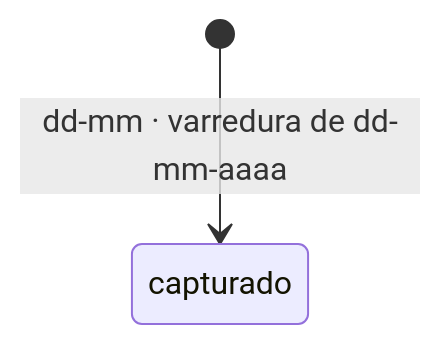
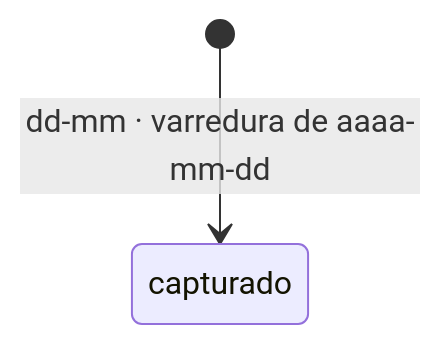
Before and after one commit to luisclaudioramos/kanon-ia: the diagram in .kanon/templates/ASSUNTO.template.md, drawn with Mermaid. The commit also changed other lines of this file and 2 other files, not shown here.

Commit message:
merge: peça E2 — classificação e o não-classificado
Traz o extrato por passada, o verificador de descartes, as 42 pastas de
transcrição em ISO com identidade de dia canonicalizada, a skill 43
classificando em três baldes, e a rodada de validação sobre 2026-08-26.

Fica nomeada para decisão: o sufixo `-2` da DESIGN §3.1 tem convenção
escrita e nenhum mecanismo, então `descartes.py --comparar` enxerga uma
passada onde há duas. É a única falha real da validação, e o veredito
"ajustar" do DESIGN §11 repousa só nela.

````diff
--- a/.kanon/templates/ASSUNTO.template.md
+++ b/.kanon/templates/ASSUNTO.template.md
@@ -20,4 +20,4 @@
 ```mermaid
 stateDiagram-v2
-    [*] --> capturado: dd-mm · varredura de dd-mm-aaaa
+    [*] --> capturado: dd-mm · varredura de aaaa-mm-dd
 ```
````
